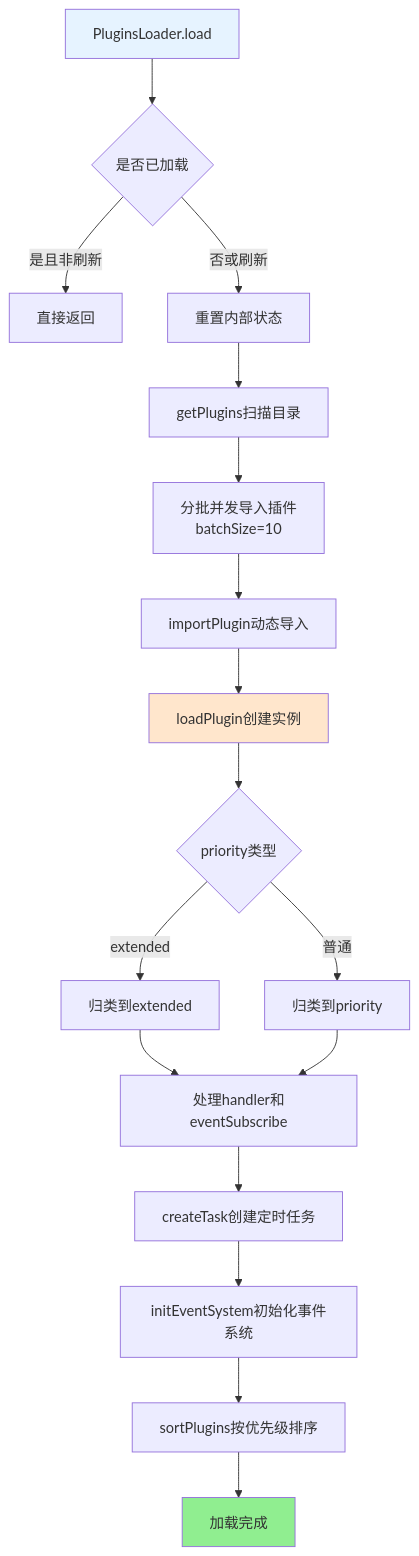
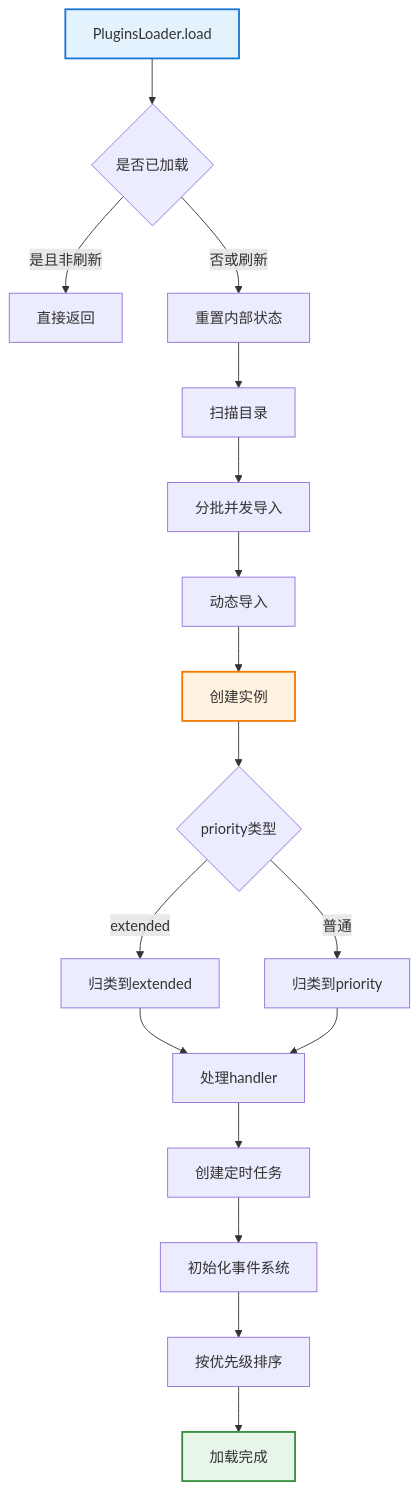
Before and after one commit to sunflowermm/XRK-AGT: the first of 3 diagrams in docs/plugins-loader.md, drawn with Mermaid. The commit also changed other lines of this file and 19 other files, not shown here.

````diff
--- a/docs/plugins-loader.md
+++ b/docs/plugins-loader.md
@@ -84,23 +84,23 @@
 ```mermaid
 flowchart TB
     A["PluginsLoader.load"] --> B{"是否已加载"}
     B -->|是且非刷新| Z["直接返回"]
     B -->|否或刷新| C["重置内部状态"]
-    C --> D["getPlugins扫描目录"]
-    D --> E["分批并发导入插件<br/>batchSize=10"]
-    E --> F["importPlugin动态导入"]
-    F --> G["loadPlugin创建实例"]
+    C --> D["扫描目录"]
+    D --> E["分批并发导入"]
+    E --> F["动态导入"]
+    F --> G["创建实例"]
     G --> H{"priority类型"}
     H -->|extended| I["归类到extended"]
     H -->|普通| J["归类到priority"]
-    I --> K["处理handler和eventSubscribe"]
+    I --> K["处理handler"]
     J --> K
-    K --> L["createTask创建定时任务"]
-    L --> M["initEventSystem初始化事件系统"]
-    M --> N["sortPlugins按优先级排序"]
+    K --> L["创建定时任务"]
+    L --> M["初始化事件系统"]
+    M --> N["按优先级排序"]
     N --> O["加载完成"]
     
-    style A fill:#E6F3FF
-    style G fill:#FFE6CC
-    style O fill:#90EE90
+    style A fill:#E3F2FD,stroke:#1976D2,stroke-width:2px
+    style G fill:#FFF3E0,stroke:#F57C00,stroke-width:2px
+    style O fill:#E8F5E9,stroke:#388E3C,stroke-width:2px
 ```
````
